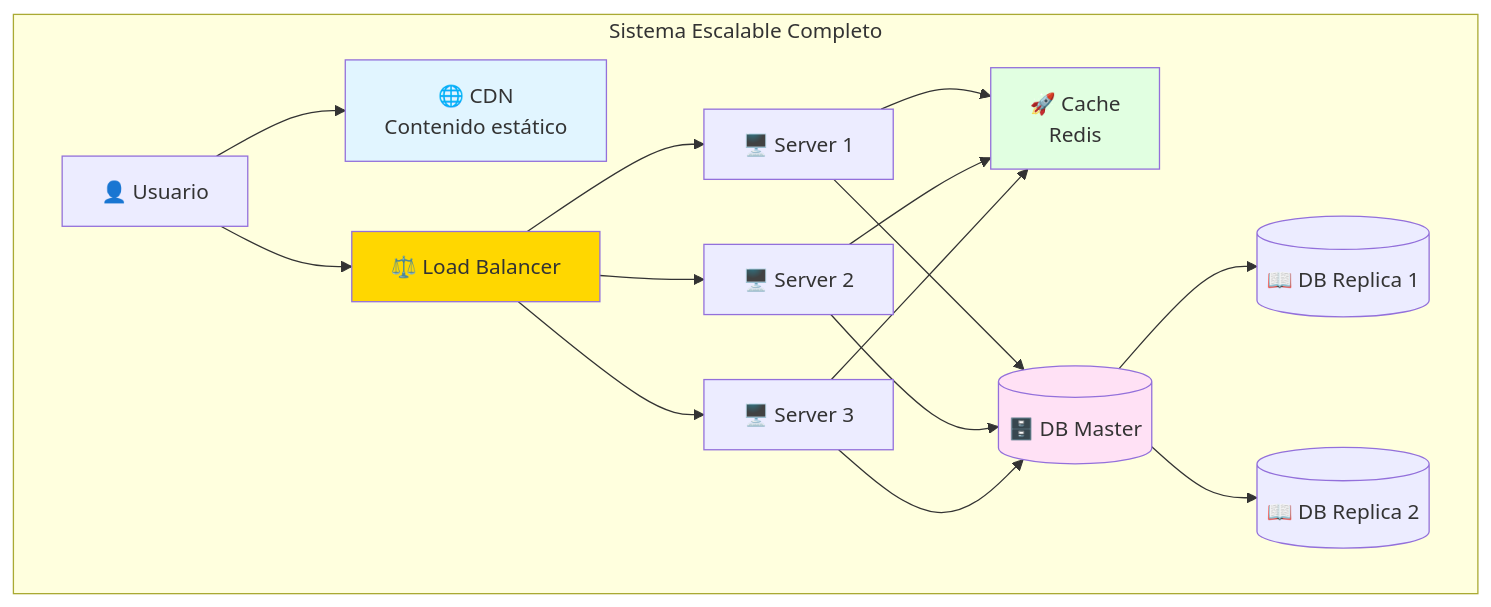
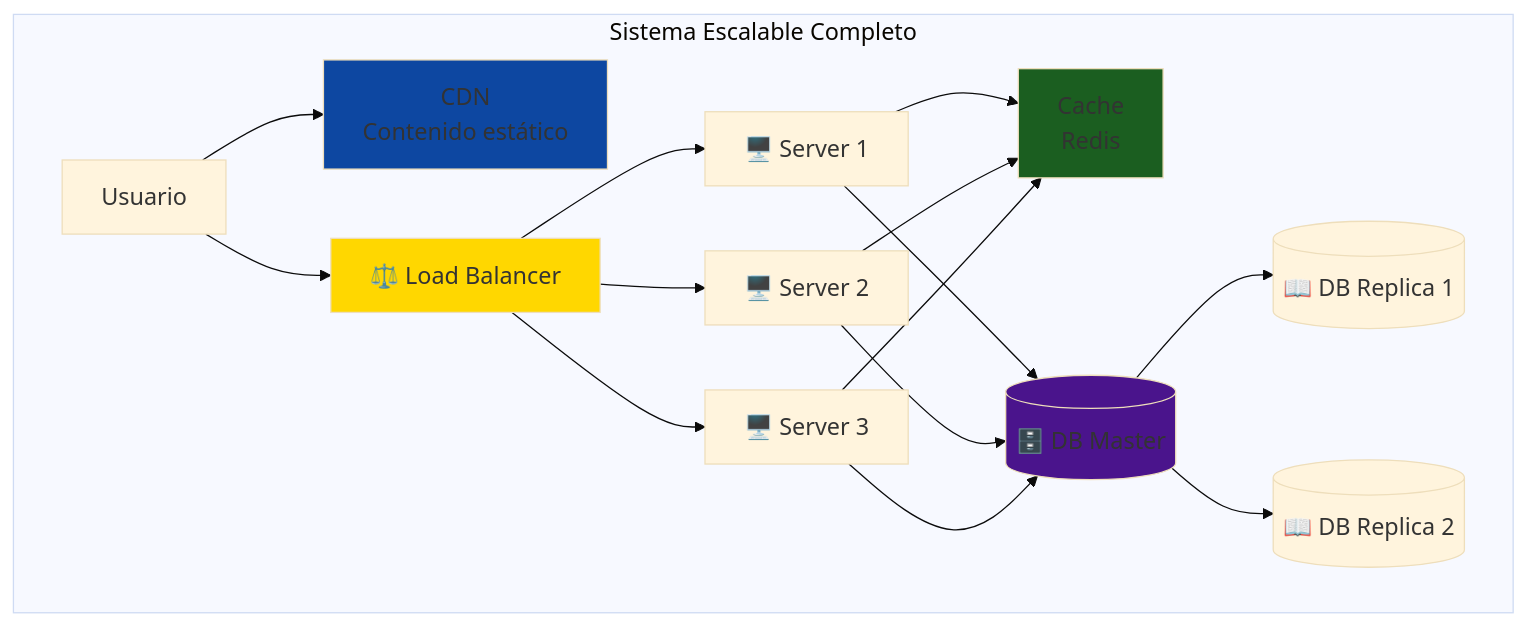
Before and after one commit to Ai-Whisperers/Courses-Content: the fourth of 20 diagrams in courses/🟡-development/FPUNA-2026/01-DESARROLLO-SOFTWARE/05-diseno-sistemas.md, drawn with Mermaid. The commit also changed other lines of this file and 47 other files, not shown here.

First line of the commit message:
fix: Make all 473 diagrams WCAG AAA accessible (FPUNA-2026)

````diff
--- a/courses/🟡-development/FPUNA-2026/01-DESARROLLO-SOFTWARE/05-diseno-sistemas.md
+++ b/courses/🟡-development/FPUNA-2026/01-DESARROLLO-SOFTWARE/05-diseno-sistemas.md
@@ -110,27 +113,28 @@
 ```mermaid
+%%{init: {'theme':'base', 'themeVariables': {'fontSize':'18px'}}}%%
 graph TB
     subgraph "Sistema Escalable Completo"
-        U[👤 Usuario] --> CDN[🌐 CDN<br/>Contenido estático]
+        U[Usuario] --> CDN[CDN<br/>Contenido estático]
         U --> LB[⚖️ Load Balancer]
         
         LB --> S1[🖥️ Server 1]
         LB --> S2[🖥️ Server 2]
         LB --> S3[🖥️ Server 3]
         
-        S1 --> Cache[🚀 Cache<br/>Redis]
+        S1 --> Cache[Cache<br/>Redis]
         S2 --> Cache
         S3 --> Cache
         
         S1 --> DB1[(🗄️ DB Master)]
         S2 --> DB1
         S3 --> DB1
         
         DB1 --> DB2[(📖 DB Replica 1)]
         DB1 --> DB3[(📖 DB Replica 2)]
     end
     
-    style CDN fill:#E1F5FF
+    style CDN fill:#0d47a1
     style LB fill:#FFD700
-    style Cache fill:#E1FFE1
-    style DB1 fill:#FFE1F5
+    style Cache fill:#1b5e20
+    style DB1 fill:#4a148c
 ```
````
